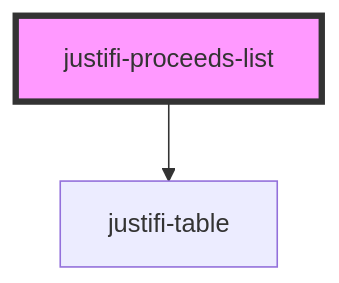
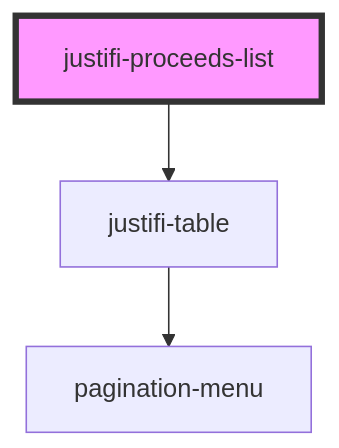
One commit to justifi-tech/web-component-library changed the diagram in stencil-library/src/components/proceeds-list/readme.md. Above: the diagram before and after it, drawn with Mermaid. The commit also changed 25 other files, not shown here.

````diff
--- a/stencil-library/src/components/proceeds-list/readme.md
+++ b/stencil-library/src/components/proceeds-list/readme.md
@@ -30,5 +30,6 @@
 ```mermaid
 graph TD;
   justifi-proceeds-list --> justifi-table
+  justifi-table --> pagination-menu
   style justifi-proceeds-list fill:#f9f,stroke:#333,stroke-width:4px
 ```
````
